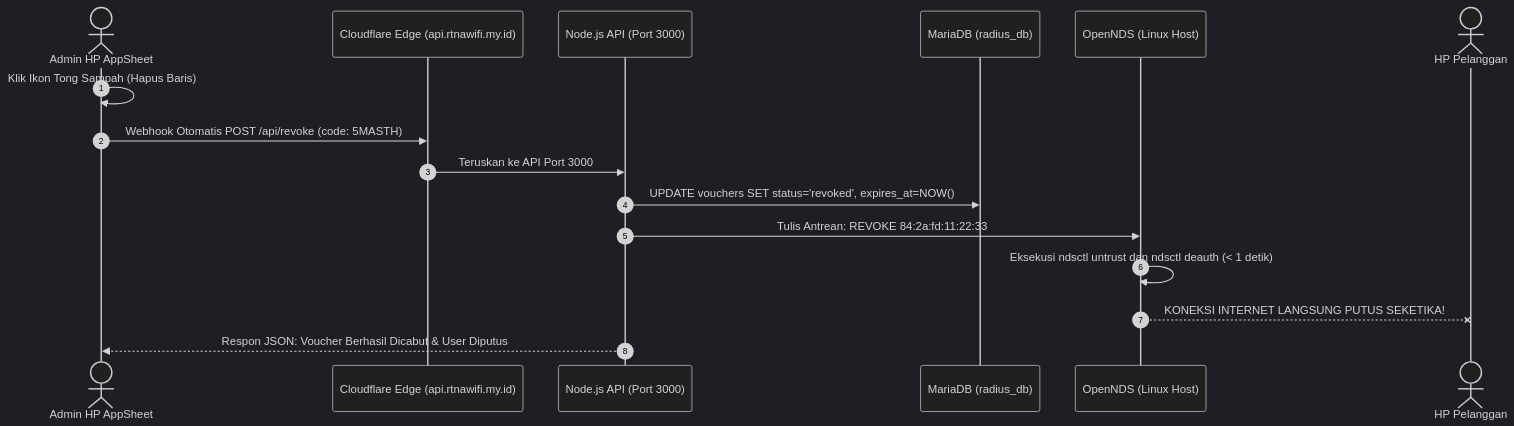
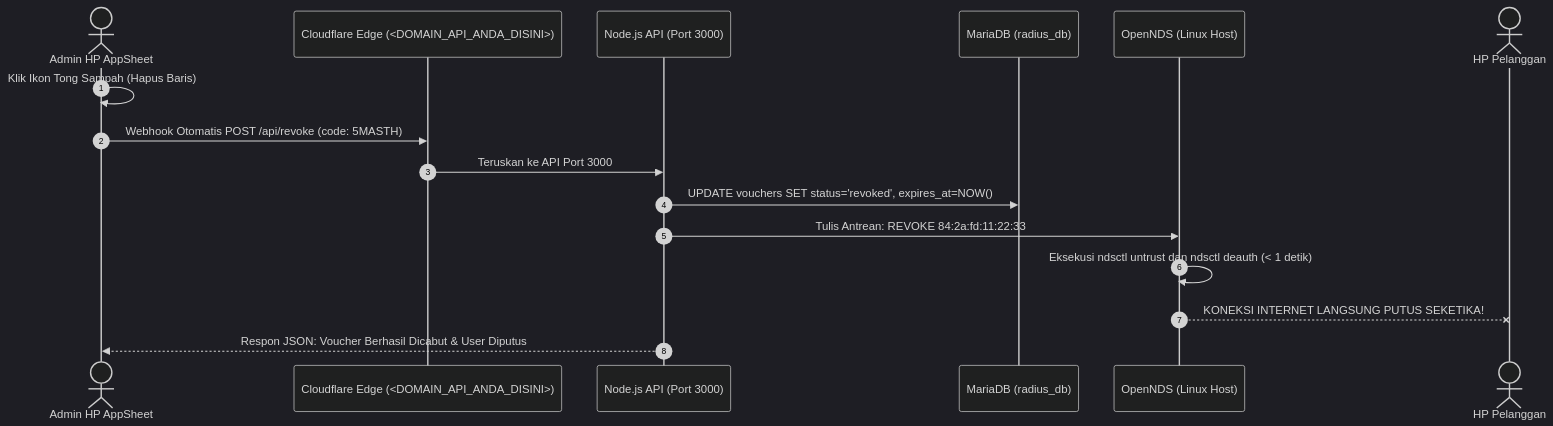
One commit to JuraganMuda/rockpis-wifivoucher changed the third of 5 diagrams in MASTER_SYSTEM_DOCUMENTATION.md. Above: the diagram before and after it, drawn with Mermaid (dark theme). The commit also changed other lines of this file and 3 other files, not shown here.

````diff
--- a/MASTER_SYSTEM_DOCUMENTATION.md
+++ b/MASTER_SYSTEM_DOCUMENTATION.md
@@ -292,19 +292,19 @@
 ```mermaid
 sequenceDiagram
     autonumber
     actor Admin as Admin HP AppSheet
-    participant CF as Cloudflare Edge (api.rtnawifi.my.id)
+    participant CF as Cloudflare Edge (<DOMAIN_API_ANDA_DISINI>)
     participant Fastify as Node.js API (Port 3000)
     participant DB as MariaDB (radius_db)
     participant NDS as OpenNDS (Linux Host)
     actor Pelanggan as HP Pelanggan
 
     Admin->>Admin: Klik Ikon Tong Sampah (Hapus Baris)
     Admin->>CF: Webhook Otomatis POST /api/revoke (code: 5MASTH)
     CF->>Fastify: Teruskan ke API Port 3000
     Fastify->>DB: UPDATE vouchers SET status='revoked', expires_at=NOW()
     Fastify->>NDS: Tulis Antrean: REVOKE 84:2a:fd:11:22:33
     NDS->>NDS: Eksekusi ndsctl untrust dan ndsctl deauth (< 1 detik)
     NDS--xPelanggan: KONEKSI INTERNET LANGSUNG PUTUS SEKETIKA!
     Fastify-->>Admin: Respon JSON: Voucher Berhasil Dicabut & User Diputus
 ```
````
